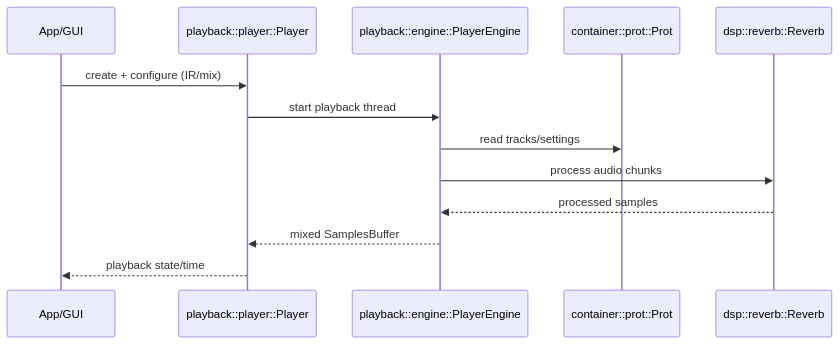
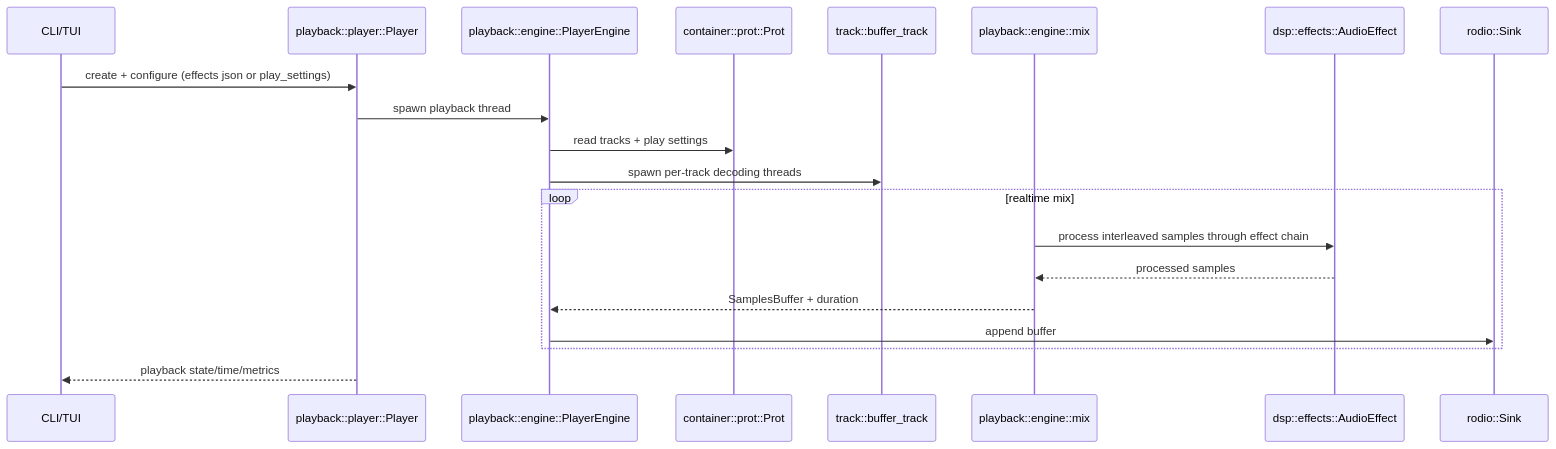
Before and after one commit to Proteus-Audio/proteus-core: the diagram in diagrams/sequence.mmd, drawn with Mermaid. The commit also changed 16 other files, not shown here.

Commit message:
Update diagrams

```diff
--- a/diagrams/sequence.mmd
+++ b/diagrams/sequence.mmd
@@ -1,13 +1,21 @@
 sequenceDiagram
-  participant App as App/GUI
+  participant App as CLI/TUI
   participant Player as playback::player::Player
   participant Engine as playback::engine::PlayerEngine
-  participant Container as container::prot::Prot
-  participant DSP as dsp::reverb::Reverb
-  App->>Player: create + configure (IR/mix)
-  Player->>Engine: start playback thread
-  Engine->>Container: read tracks/settings
-  Engine->>DSP: process audio chunks
-  DSP-->>Engine: processed samples
-  Engine-->>Player: mixed SamplesBuffer
-  Player-->>App: playback state/time
+  participant Prot as container::prot::Prot
+  participant Buffer as track::buffer_track
+  participant Mix as playback::engine::mix
+  participant DSP as dsp::effects::AudioEffect
+  participant Sink as rodio::Sink
+
+  App->>Player: create + configure (effects json or play_settings)
+  Player->>Engine: spawn playback thread
+  Engine->>Prot: read tracks + play settings
+  Engine->>Buffer: spawn per-track decoding threads
+  loop realtime mix
+    Mix->>DSP: process interleaved samples through effect chain
+    DSP-->>Mix: processed samples
+    Mix-->>Engine: SamplesBuffer + duration
+    Engine->>Sink: append buffer
+  end
+  Player-->>App: playback state/time/metrics
```
